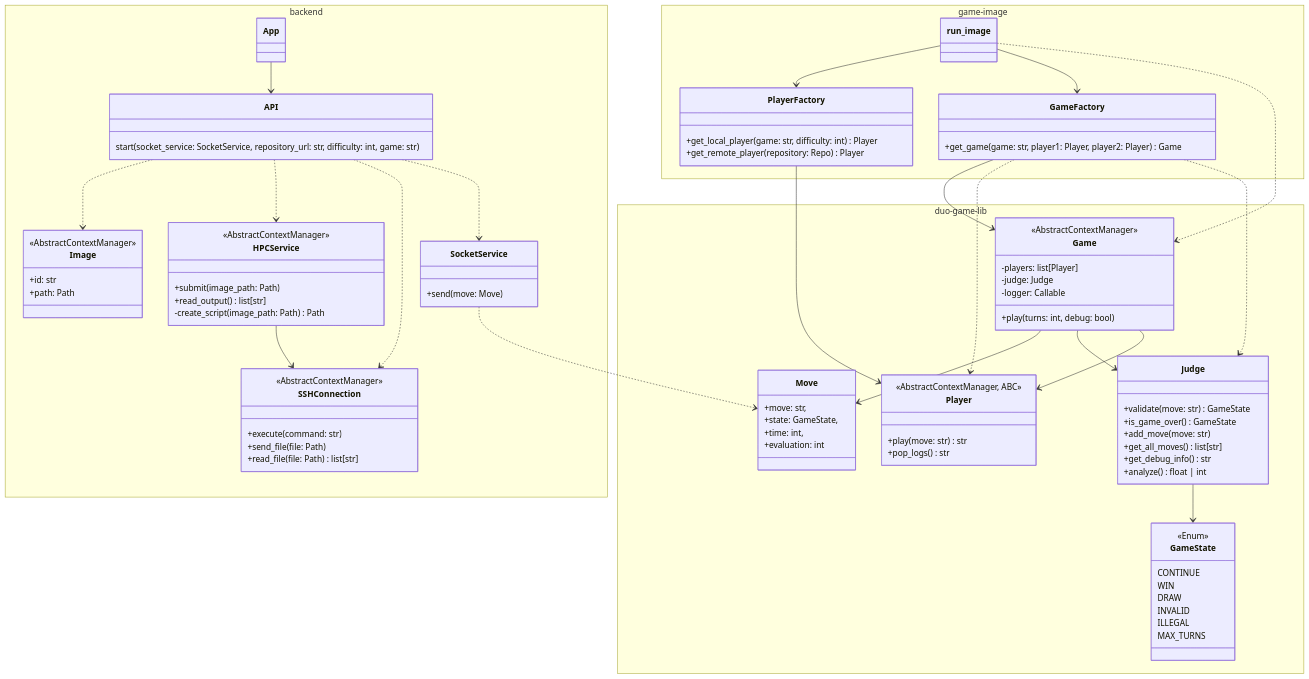
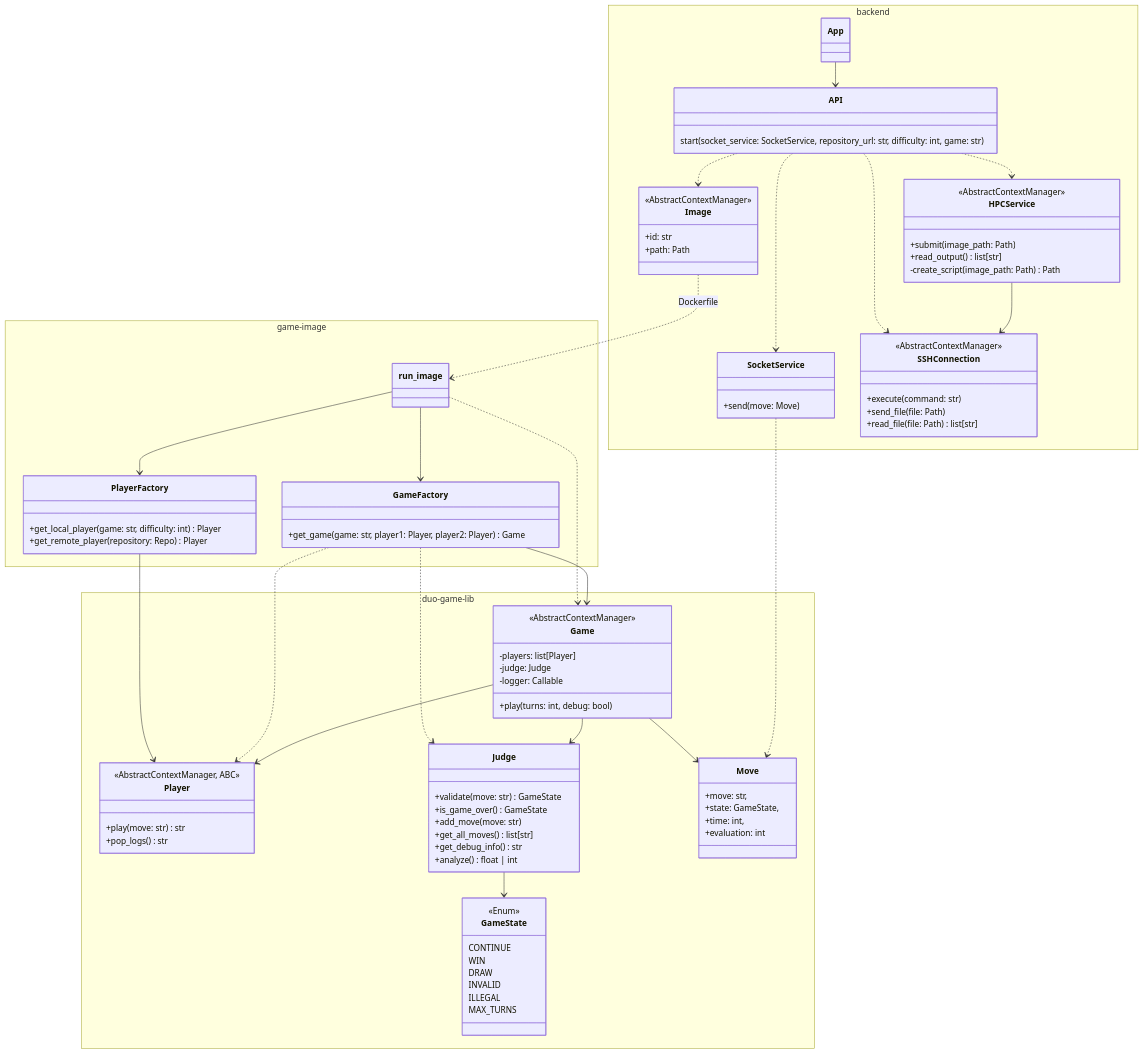
The second of 3 diagrams in docs/architecture.md (game-ai-platform-team/tira-ai-platform), drawn with Mermaid before and after one commit. The commit also changed other lines of this file, not shown here.

Commit message:
docs: Update architecture

```diff
--- a/docs/architecture.md
+++ b/docs/architecture.md
@@ -88,6 +88,7 @@
 API ..> Image
 HPCService --> SSHConnection
 
+Image ..> run_image: Dockerfile
 run_image ..> Game
 run_image --> GameFactory
 run_image --> PlayerFactory
```
